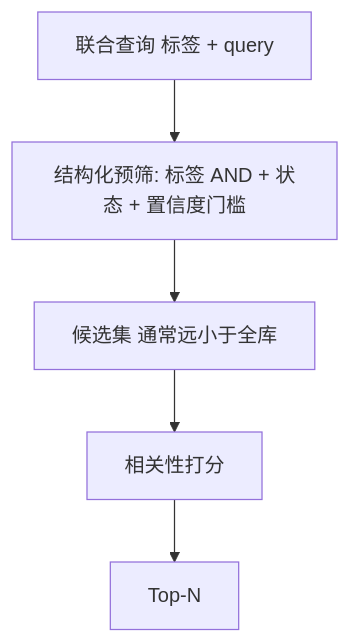
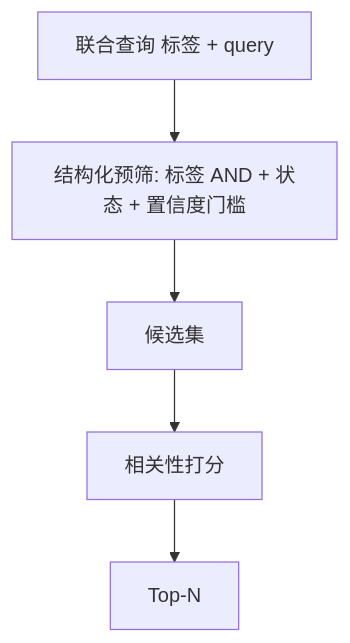
One commit to SteamedBread2333/imprint changed the fourth of 7 diagrams in docs/agent-memory-token.zh.md. Above: the diagram before and after it, drawn with Mermaid. The commit also changed other lines of this file and 3 other files, not shown here.

````diff
--- a/docs/agent-memory-token.zh.md
+++ b/docs/agent-memory-token.zh.md
@@ -120,8 +111,8 @@
 ```mermaid
 flowchart TB
   Q[联合查询 标签 + query]
   Q --> SQL[结构化预筛: 标签 AND + 状态 + 置信度门槛]
-  SQL --> CAND[候选集 通常远小于全库]
+  SQL --> CAND[候选集]
   CAND --> SCORE[相关性打分]
   SCORE --> TOP[Top-N]
 ```
````
